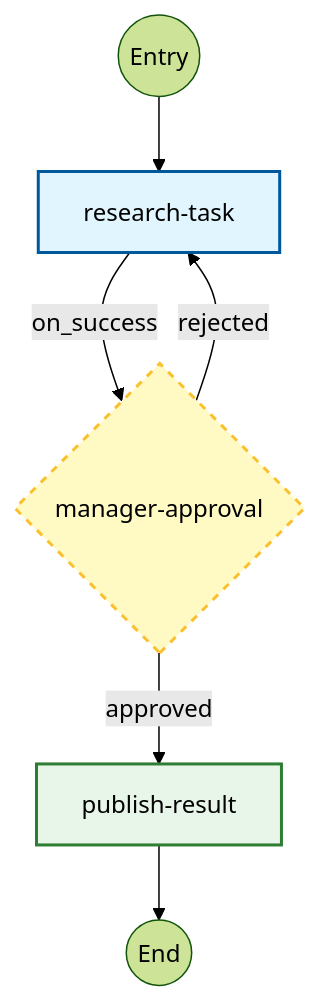
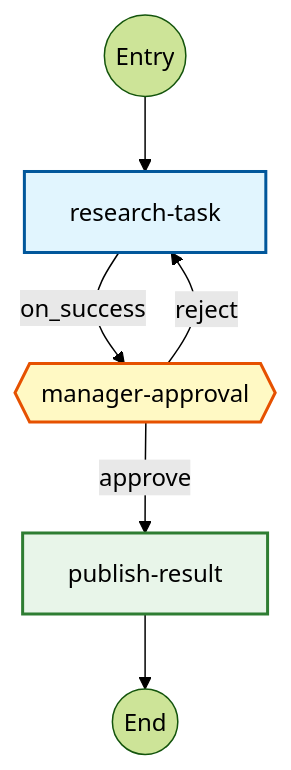
One commit to CoReason-AI/coreason-manifest changed the diagram in docs/graph_recipes.md. Above: the diagram before and after it, drawn with Mermaid (forest theme). The commit also changed other lines of this file and 2 other files, not shown here.

````diff
--- a/docs/graph_recipes.md
+++ b/docs/graph_recipes.md
@@ -230,12 +230,12 @@
 ```mermaid
 graph TD
     start((Entry)) --> A[research-task]
-    A -->|on_success| B{manager-approval}
-    B -->|approved| C[publish-result]
-    B -->|rejected| A
+    A -->|on_success| B{{manager-approval}}
+    B -->|approve| C[publish-result]
+    B -->|reject| A
     C --> stop((End))
 
     style A fill:#e1f5fe,stroke:#01579b,stroke-width:2px
-    style B fill:#fff9c4,stroke:#fbc02d,stroke-width:2px,stroke-dasharray: 5 5
+    style B fill:#fff9c4,stroke:#e65100,stroke-width:2px
     style C fill:#e8f5e9,stroke:#2e7d32,stroke-width:2px
 ```
````
